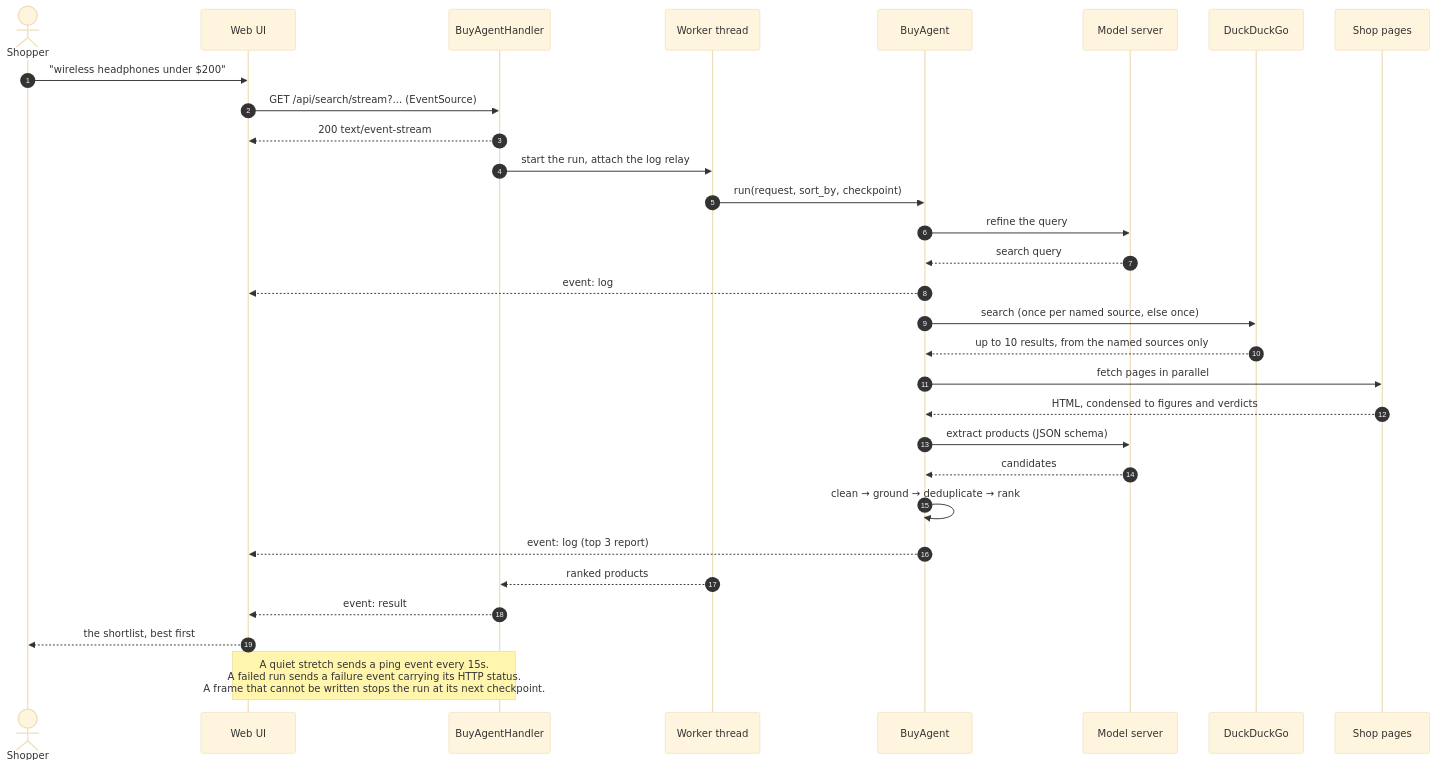
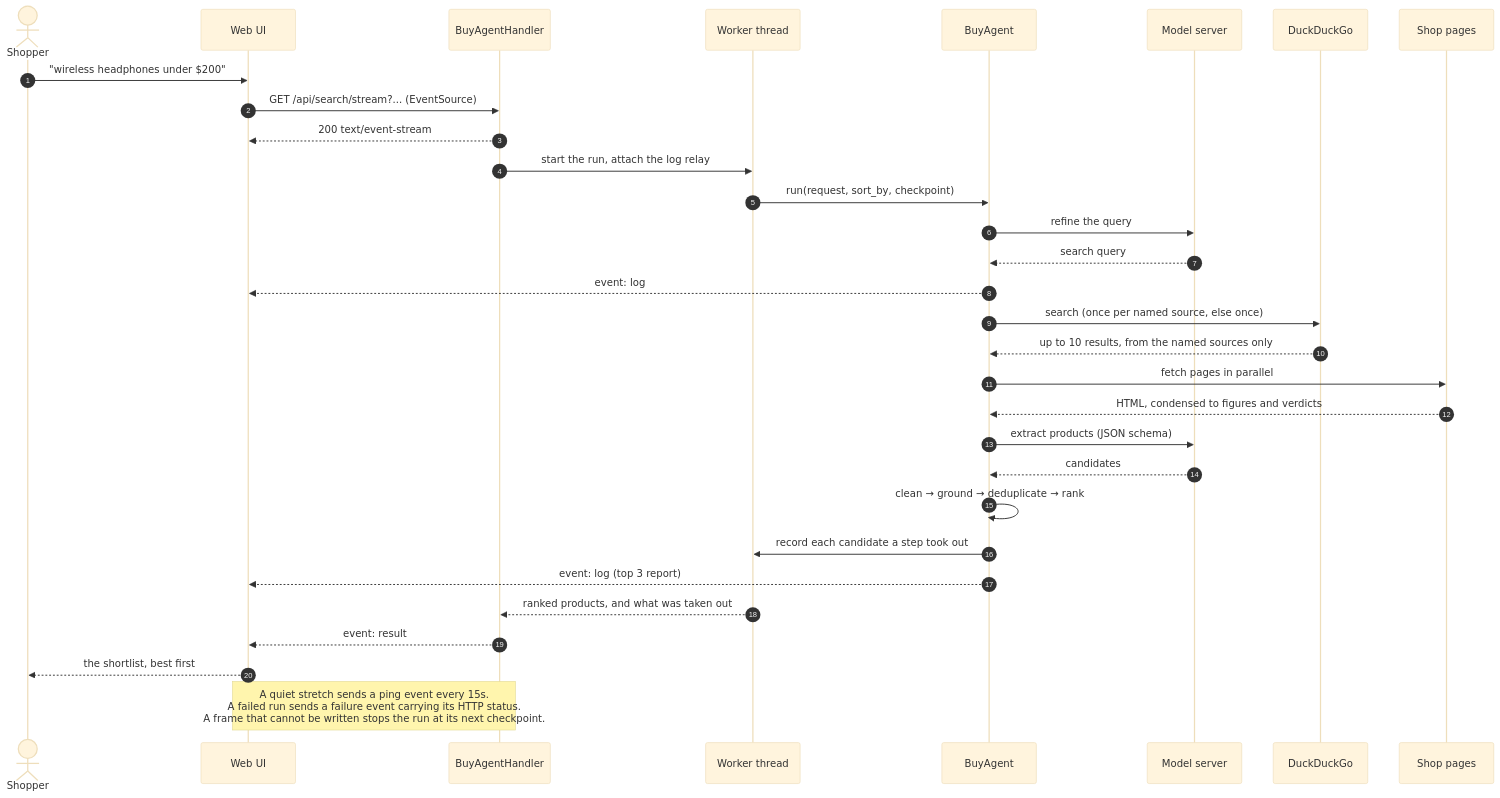
The fifth of 5 diagrams in docs/architecture.md (adamw7/buy_agent), drawn with Mermaid (base theme) before and after one commit. The commit also changed other lines of this file, not shown here.

First line of the commit message:
Draw what the last nine changes moved in the C4 diagrams (#211)

````diff
--- a/docs/architecture.md
+++ b/docs/architecture.md
@@ -365,33 +407,34 @@
 ```mermaid
 sequenceDiagram
     autonumber
     actor S as Shopper
     participant UI as Web UI
     participant H as BuyAgentHandler
     participant W as Worker thread
     participant A as BuyAgent
     participant O as Model server
     participant D as DuckDuckGo
     participant P as Shop pages
 
     S->>UI: "wireless headphones under $200"
     UI->>H: GET /api/search/stream?... (EventSource)
     H-->>UI: 200 text/event-stream
     H->>W: start the run, attach the log relay
     W->>A: run(request, sort_by, checkpoint)
     A->>O: refine the query
     O-->>A: search query
     A-->>UI: event: log
     A->>D: search (once per named source, else once)
     D-->>A: up to 10 results, from the named sources only
     A->>P: fetch pages in parallel
     P-->>A: HTML, condensed to figures and verdicts
     A->>O: extract products (JSON schema)
     O-->>A: candidates
     A->>A: clean → ground → deduplicate → rank
+    A->>W: record each candidate a step took out
     A-->>UI: event: log (top 3 report)
-    W-->>H: ranked products
+    W-->>H: ranked products, and what was taken out
     H-->>UI: event: result
     UI-->>S: the shortlist, best first
     Note over H,UI: A quiet stretch sends a ping event every 15s.<br/>A failed run sends a failure event carrying its HTTP status.<br/>A frame that cannot be written stops the run at its next checkpoint.
 ```
````
